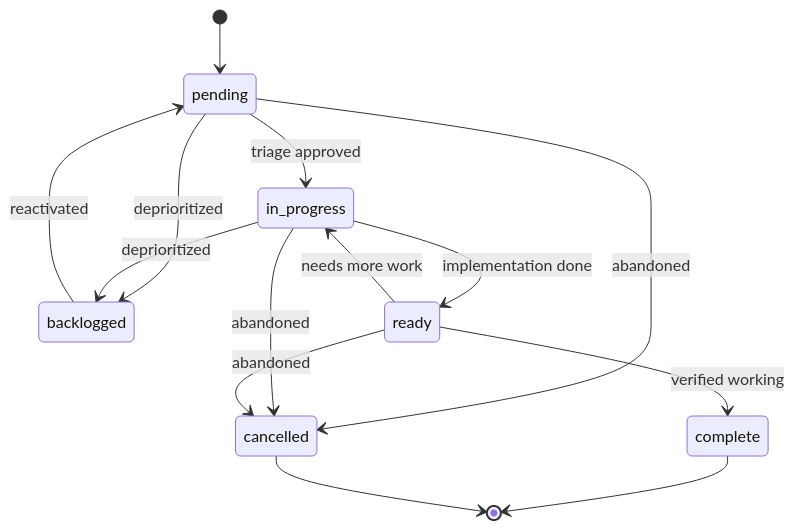
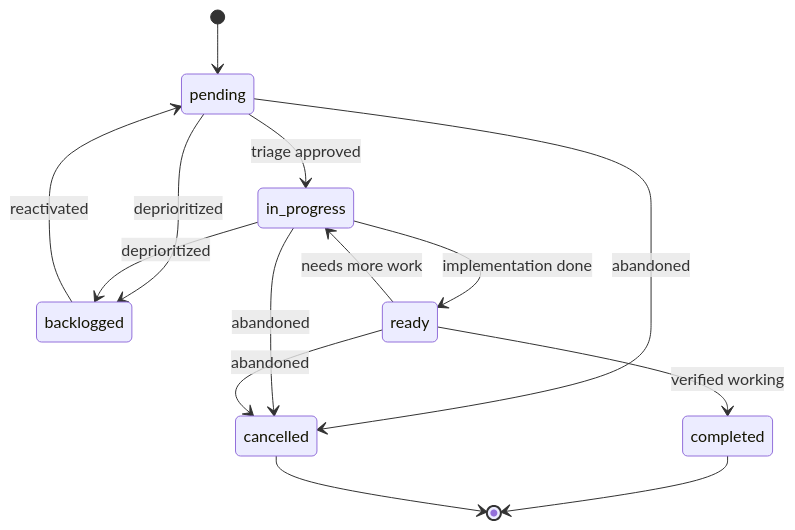
The diagram in README.md (JakeRoxs/agendo), drawn with Mermaid before and after one commit. The commit also changed 1 other file, not shown here.

Commit message:
refactor: rename complete status to completed in state diagram and remove completedFolder config key

````diff
--- a/README.md
+++ b/README.md
@@ -67,16 +67,16 @@
 ```mermaid
 stateDiagram-v2
     [*] --> pending
     pending --> in_progress : triage approved
     pending --> backlogged : deprioritized
     in_progress --> ready : implementation done
-    ready --> complete : verified working
+    ready --> completed : verified working
     ready --> in_progress : needs more work
     in_progress --> backlogged : deprioritized
     backlogged --> pending : reactivated
     pending --> cancelled : abandoned
     in_progress --> cancelled : abandoned
     ready --> cancelled : abandoned
-    complete --> [*]
+    completed --> [*]
     cancelled --> [*]
 ```
````
